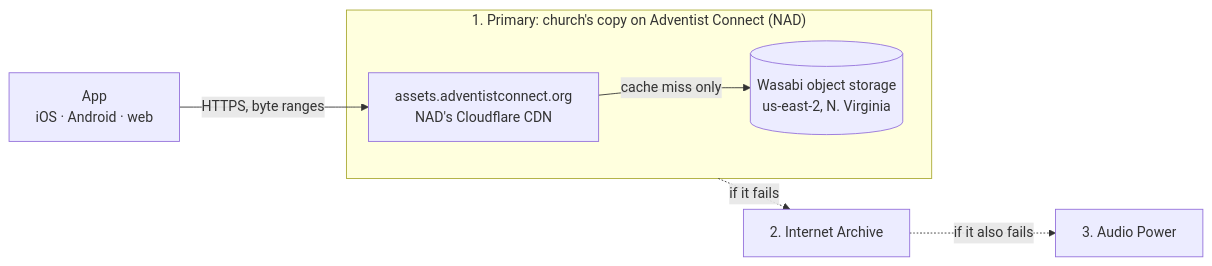
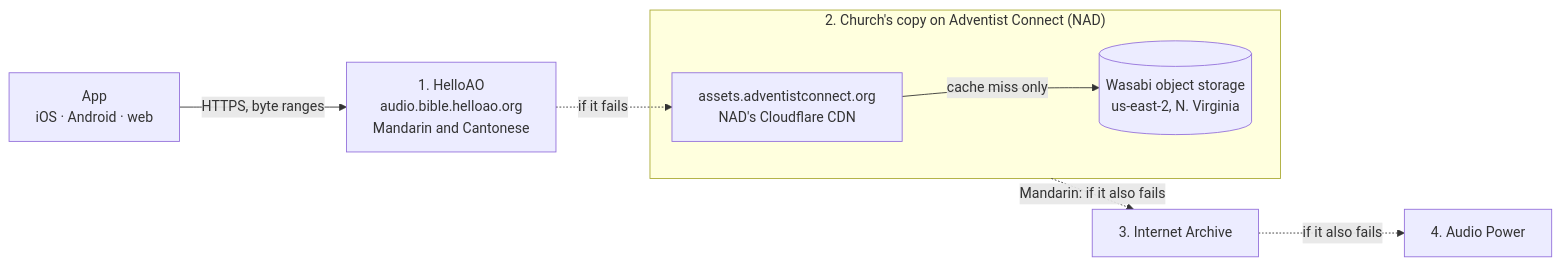
One commit to CodeSammich/sda-church-app changed the diagram in docs/operations/adventist-connect-media.md. Above: the diagram before and after it, drawn with Mermaid. The commit also changed other lines of this file and 23 other files, not shown here.

First line of the commit message:
Play the Chinese Bible audio from HelloAO first

````diff
--- a/docs/operations/adventist-connect-media.md
+++ b/docs/operations/adventist-connect-media.md
@@ -52,9 +52,10 @@
 ```mermaid
 flowchart LR
-  app[App<br/>iOS · Android · web] -- HTTPS, byte ranges --> cdn
-  subgraph primary["1. Primary: church's copy on Adventist Connect (NAD)"]
+  app[App<br/>iOS · Android · web] -- HTTPS, byte ranges --> helloao["1. HelloAO<br/>audio.bible.helloao.org<br/>Mandarin and Cantonese"]
+  helloao -. "if it fails" .-> cdn
+  subgraph church["2. Church's copy on Adventist Connect (NAD)"]
     cdn[assets.adventistconnect.org<br/>NAD's Cloudflare CDN] -- cache miss only --> wasabi[(Wasabi object storage<br/>us-east-2, N. Virginia)]
   end
-  primary -. "if it fails" .-> ia["2. Internet Archive"]
-  ia -. "if it also fails" .-> ap["3. Audio Power"]
+  church -. "Mandarin: if it also fails" .-> ia["3. Internet Archive"]
+  ia -. "if it also fails" .-> ap["4. Audio Power"]
 ```
````
